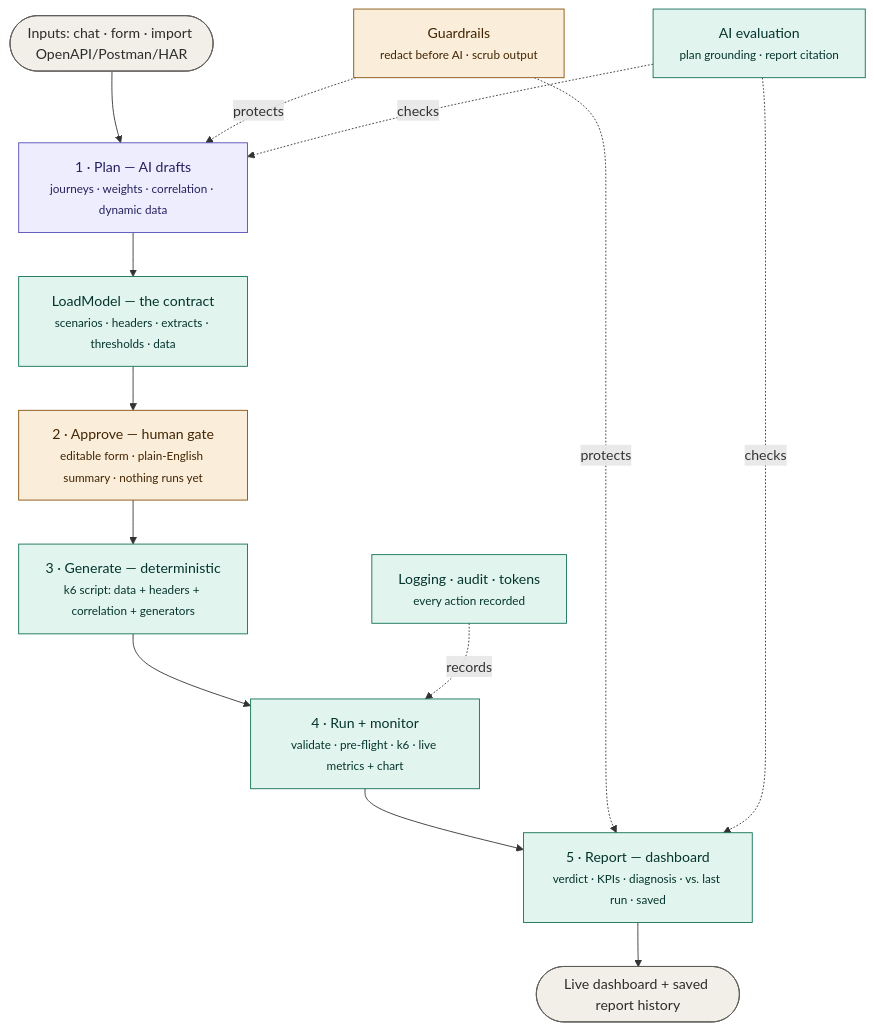
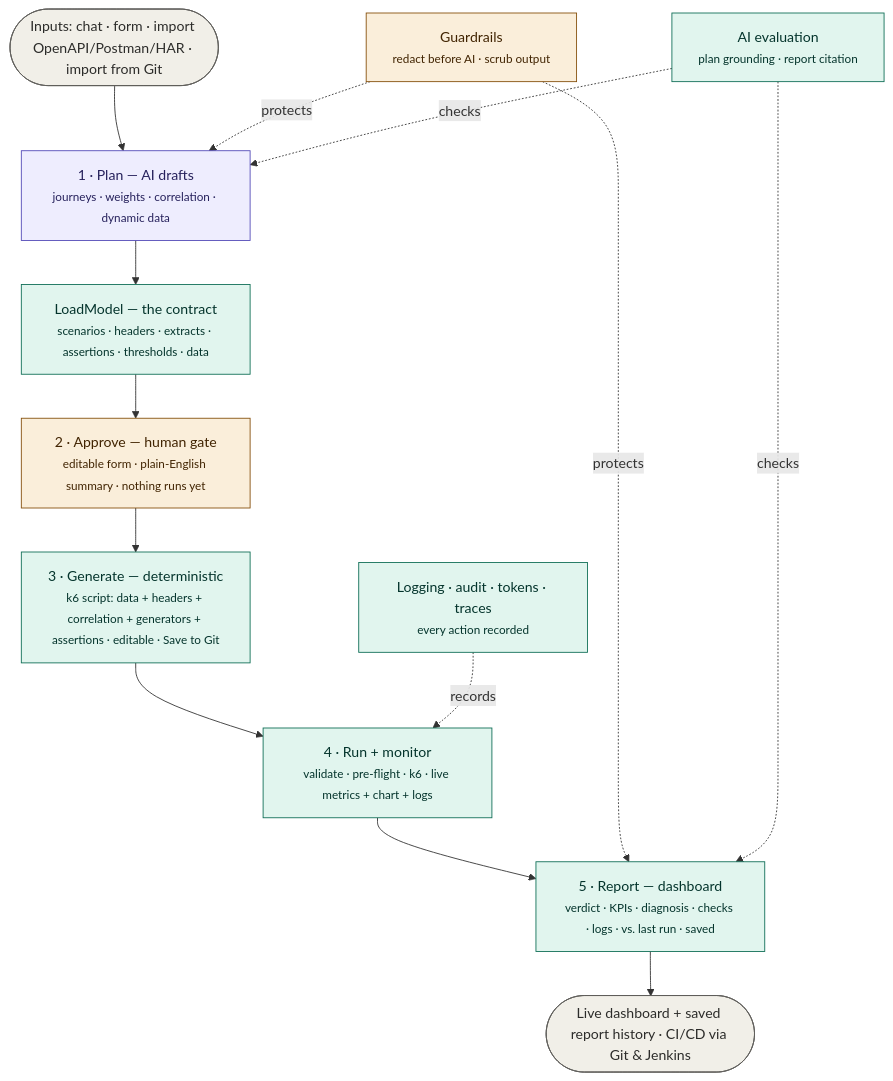
The diagram in README.md (karthikrasamsetti/perfagent), drawn with Mermaid before and after one commit. The commit also changed other lines of this file, not shown here.

Commit message:
Docs: update README for assertions, suggest-checks, env/TLS, run logs, editable script, and the Git/Jenkins CI features

````diff
--- a/README.md
+++ b/README.md
@@ -443,31 +523,31 @@
 ```mermaid
 flowchart TD
-    IN([Inputs: chat · form · import OpenAPI/Postman/HAR])
+    IN([Inputs: chat · form · import OpenAPI/Postman/HAR · import from Git])
     PLAN["1 · Plan — AI drafts<br/><small>journeys · weights · correlation · dynamic data</small>"]
-    LM["LoadModel — the contract<br/><small>scenarios · headers · extracts · thresholds · data</small>"]
+    LM["LoadModel — the contract<br/><small>scenarios · headers · extracts · assertions · thresholds · data</small>"]
     APPROVE["2 · Approve — human gate<br/><small>editable form · plain-English summary · nothing runs yet</small>"]
-    GEN["3 · Generate — deterministic<br/><small>k6 script: data + headers + correlation + generators</small>"]
-    RUN["4 · Run + monitor<br/><small>validate · pre-flight · k6 · live metrics + chart</small>"]
-    REPORT["5 · Report — dashboard<br/><small>verdict · KPIs · diagnosis · vs. last run · saved</small>"]
-    OUT([Live dashboard + saved report history])
+    GEN["3 · Generate — deterministic<br/><small>k6 script: data + headers + correlation + generators + assertions · editable · Save to Git</small>"]
+    RUN["4 · Run + monitor<br/><small>validate · pre-flight · k6 · live metrics + chart + logs</small>"]
+    REPORT["5 · Report — dashboard<br/><small>verdict · KPIs · diagnosis · checks · logs · vs. last run · saved</small>"]
+    OUT([Live dashboard + saved report history · CI/CD via Git & Jenkins])
 
     IN --> PLAN --> LM --> APPROVE --> GEN --> RUN --> REPORT --> OUT
 
     GUARD["Guardrails<br/><small>redact before AI · scrub output</small>"]
     EVAL["AI evaluation<br/><small>plan grounding · report citation</small>"]
-    OBS["Logging · audit · tokens<br/><small>every action recorded</small>"]
+    OBS["Logging · audit · tokens · traces<br/><small>every action recorded</small>"]
     GUARD -. protects .-> PLAN
     GUARD -. protects .-> REPORT
     EVAL -. checks .-> PLAN
     EVAL -. checks .-> REPORT
     OBS -. records .-> RUN
 
     classDef ai fill:#EEEDFE,stroke:#534AB7,color:#26215C;
     classDef code fill:#E1F5EE,stroke:#0F6E56,color:#04342C;
     classDef gate fill:#FAEEDA,stroke:#854F0B,color:#412402;
     classDef io fill:#F1EFE8,stroke:#5F5E5A,color:#2C2C2A;
     class PLAN ai;
     class LM,GEN,RUN,REPORT,EVAL,OBS code;
     class APPROVE,GUARD gate;
     class IN,OUT io;
 ```
````
